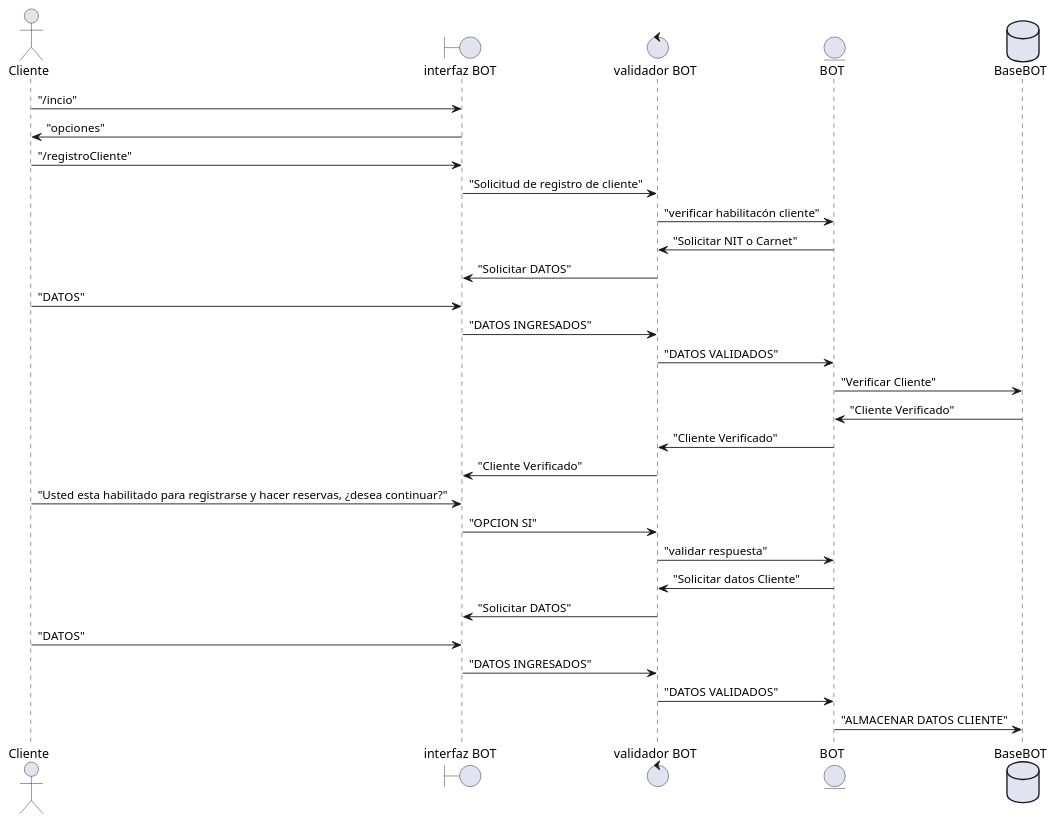
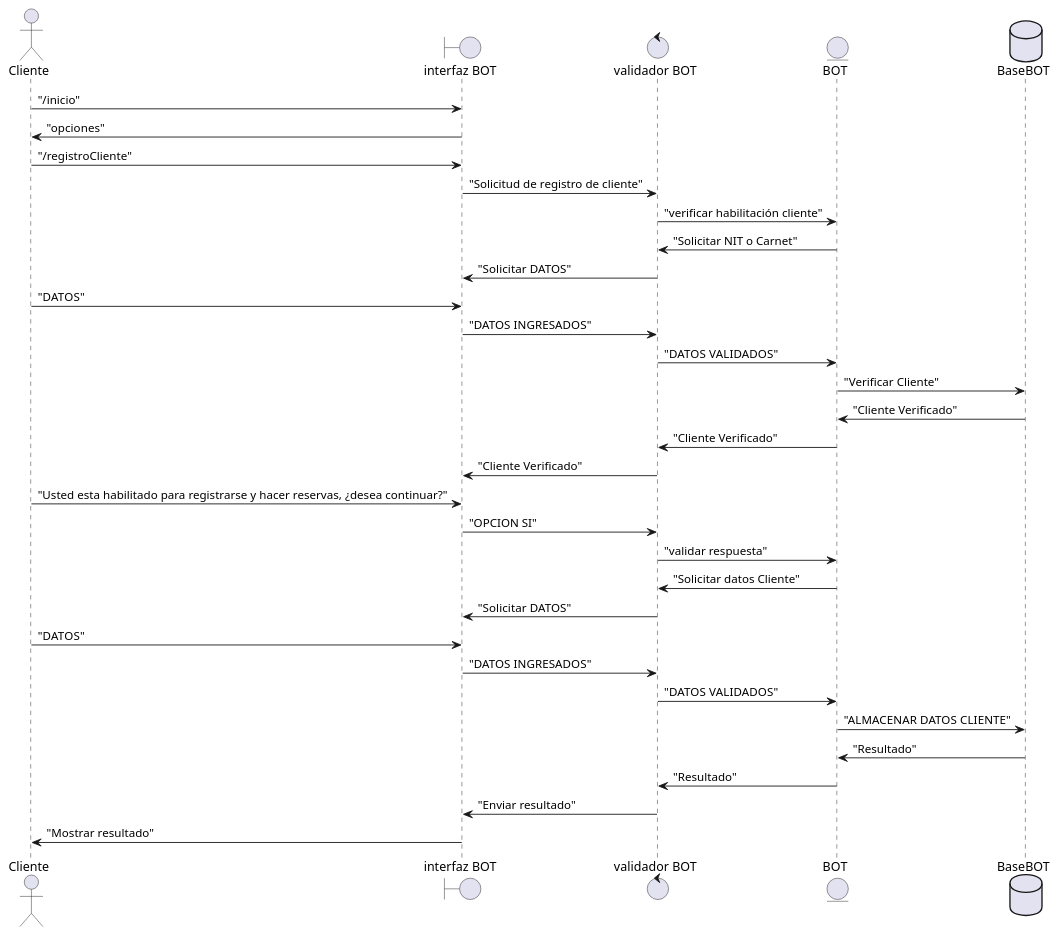
One commit to jmlunav/proyectoSoftware changed the first of 5 diagrams in src/docs/asciidoc/index.adoc. Above: the diagram before and after it, drawn with PlantUML. The commit also changed other lines of this file, not shown here.

```diff
--- a/src/docs/asciidoc/index.adoc
+++ b/src/docs/asciidoc/index.adoc
@@ -58,35 +58,39 @@
 [plantuml, format="png", id="estados-solicitud090"]
 ....
 @startuml
 
 actor Cliente
 boundary "interfaz BOT" as GUI
 control "validador BOT" as CONTROL
 entity BOT
 database BaseBOT
 
-Cliente -> GUI : "/incio"
+Cliente -> GUI : "/inicio"
 GUI -> Cliente : "opciones"
 Cliente -> GUI : "/registroCliente"
 GUI -> CONTROL : "Solicitud de registro de cliente"
-CONTROL -> BOT : "verificar habilitacón cliente" 
+CONTROL -> BOT : "verificar habilitación cliente"
 BOT -> CONTROL: "Solicitar NIT o Carnet"
 CONTROL -> GUI: "Solicitar DATOS"
 Cliente -> GUI: "DATOS"
 GUI ->CONTROL : "DATOS INGRESADOS"
 CONTROL -> BOT: "DATOS VALIDADOS"
 BOT -> BaseBOT: "Verificar Cliente"
 BaseBOT -> BOT: "Cliente Verificado"
 BOT -> CONTROL: "Cliente Verificado"
 CONTROL -> GUI: "Cliente Verificado"
 Cliente -> GUI: "Usted esta habilitado para registrarse y hacer reservas, ¿desea continuar?"
 GUI -> CONTROL: "OPCION SI"
 CONTROL -> BOT: "validar respuesta"
 BOT -> CONTROL: "Solicitar datos Cliente"
 CONTROL -> GUI: "Solicitar DATOS"
 Cliente -> GUI: "DATOS"
 GUI ->CONTROL : "DATOS INGRESADOS"
 CONTROL -> BOT: "DATOS VALIDADOS"
 BOT -> BaseBOT: "ALMACENAR DATOS CLIENTE"
+BaseBOT -> BOT: "Resultado"
+BOT -> CONTROL: "Resultado"
+CONTROL -> GUI: "Enviar resultado"
+GUI -> Cliente: "Mostrar resultado"
 @enduml
 ....
```
